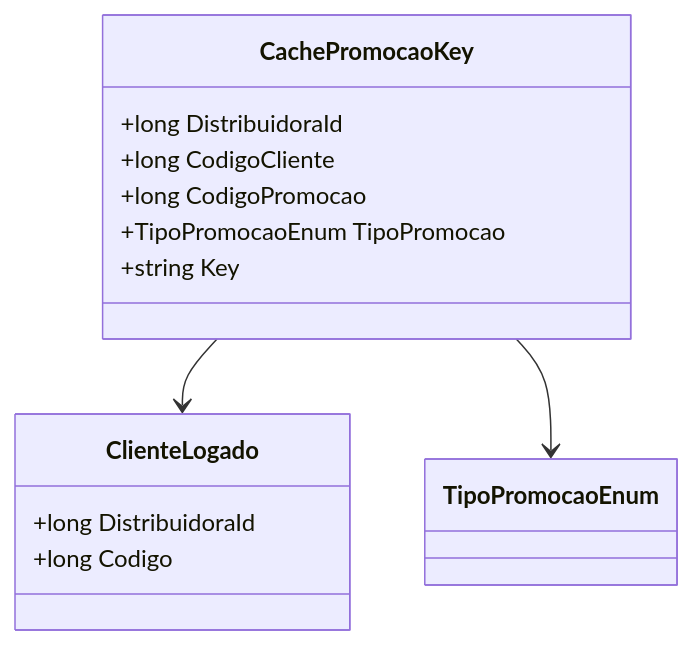
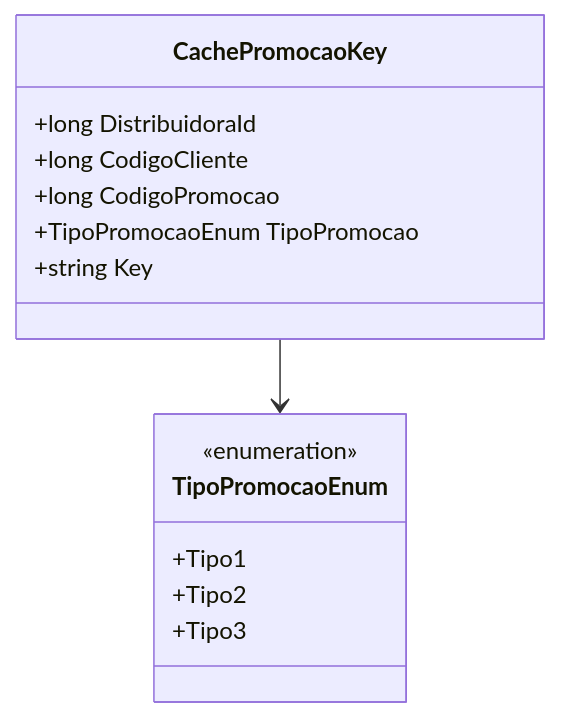
One commit to IsthmusSistemas/documentacao-tecnica changed the diagram in docs/b2b-dominio/IsthmusWinthor.Nucleo/IsthmusWinthor.Dominio/CacheKeys/CachePromocaoKey.md. Above: the diagram before and after it, drawn with Mermaid. The commit also changed other lines of this file and 882 other files, not shown here.

````diff
--- a/docs/b2b-dominio/IsthmusWinthor.Nucleo/IsthmusWinthor.Dominio/CacheKeys/CachePromocaoKey.md
+++ b/docs/b2b-dominio/IsthmusWinthor.Nucleo/IsthmusWinthor.Dominio/CacheKeys/CachePromocaoKey.md
@@ -26,20 +25,19 @@
 ```mermaid
 classDiagram
     class CachePromocaoKey {
         +long DistribuidoraId
         +long CodigoCliente
         +long CodigoPromocao
         +TipoPromocaoEnum TipoPromocao
         +string Key
     }
     
-    class ClienteLogado {
-        +long DistribuidoraId
-        +long Codigo
+    class TipoPromocaoEnum {
+        <<enumeration>>
+        +Tipo1
+        +Tipo2
+        +Tipo3
     }
     
-    class TipoPromocaoEnum
-    
-    CachePromocaoKey --> ClienteLogado
     CachePromocaoKey --> TipoPromocaoEnum
 ```
````
